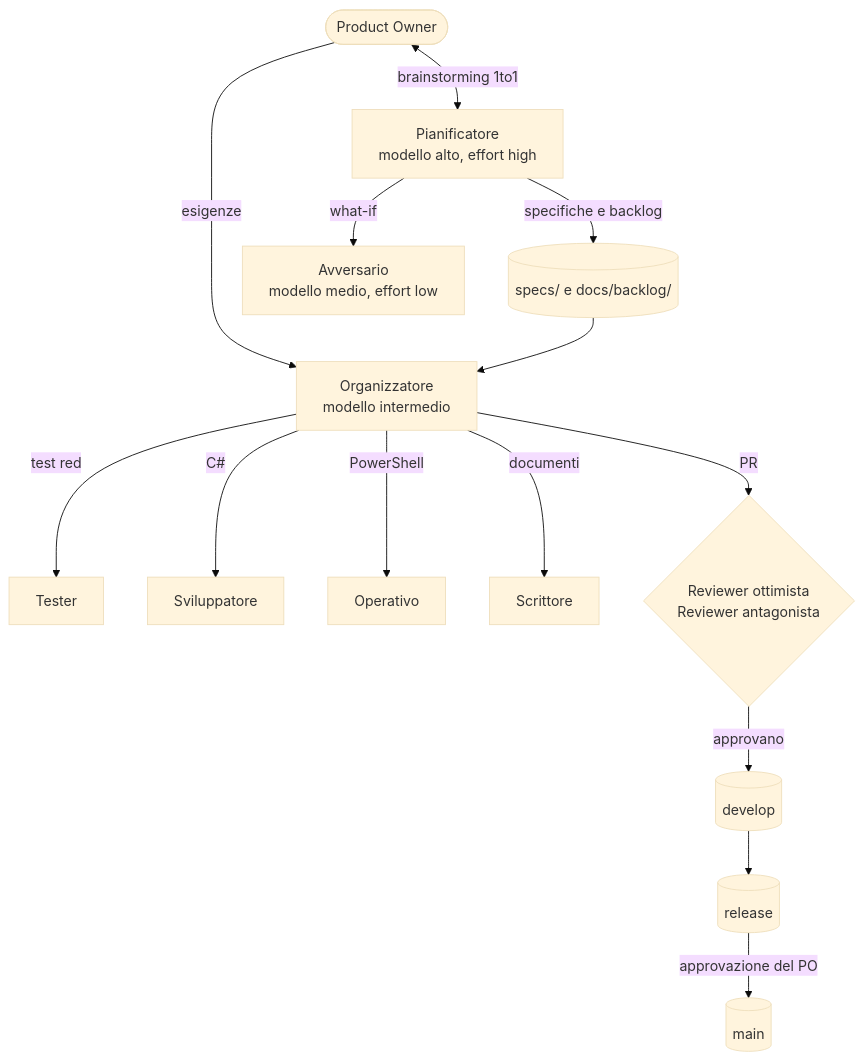
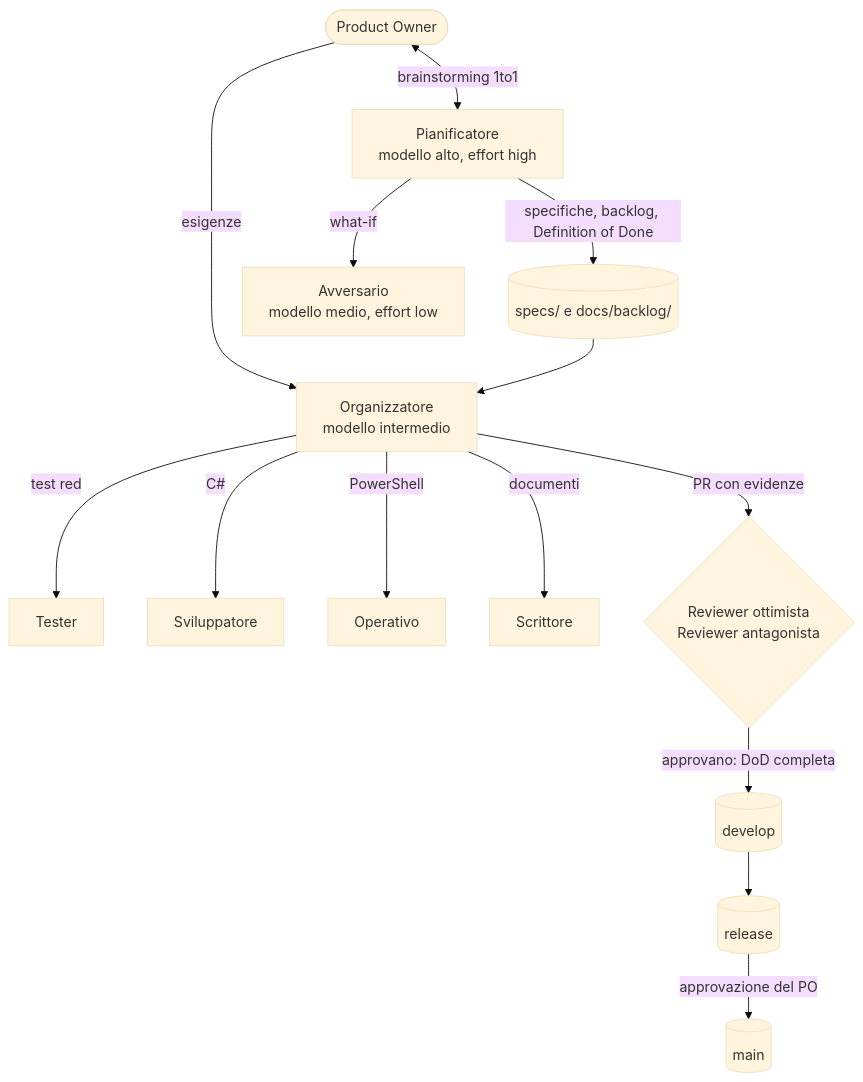
The diagram in docs/05-Team-Agenti.md (giulianolatini/WPC2026), drawn with Mermaid (base theme) before and after one commit. The commit also changed other lines of this file, not shown here.

First line of the commit message:
docs(05): apply the P-11, P-12, P-13 outcomes and the Definition of Done

````diff
--- a/docs/05-Team-Agenti.md
+++ b/docs/05-Team-Agenti.md
@@ -53,16 +57,16 @@
 ```mermaid
 flowchart TD
     PO([Product Owner]) -->|esigenze| ORG[Organizzatore<br/>modello intermedio]
     PO <-->|brainstorming 1to1| PIA[Pianificatore<br/>modello alto, effort high]
     PIA -->|what-if| AVV[Avversario<br/>modello medio, effort low]
-    PIA -->|specifiche e backlog| BL[(specs/ e docs/backlog/)]
+    PIA -->|specifiche, backlog, Definition of Done| BL[(specs/ e docs/backlog/)]
     BL --> ORG
     ORG -->|test red| TES[Tester]
     ORG -->|C#| SVI[Sviluppatore]
     ORG -->|PowerShell| OPE[Operativo]
     ORG -->|documenti| SCR[Scrittore]
-    ORG -->|PR| REV{Reviewer ottimista<br/>Reviewer antagonista}
-    REV -->|approvano| DEV[(develop)]
+    ORG -->|PR con evidenze| REV{Reviewer ottimista<br/>Reviewer antagonista}
+    REV -->|approvano: DoD completa| DEV[(develop)]
     DEV --> REL[(release)]
     REL -->|approvazione del PO| MAIN[(main)]
 ```
````
